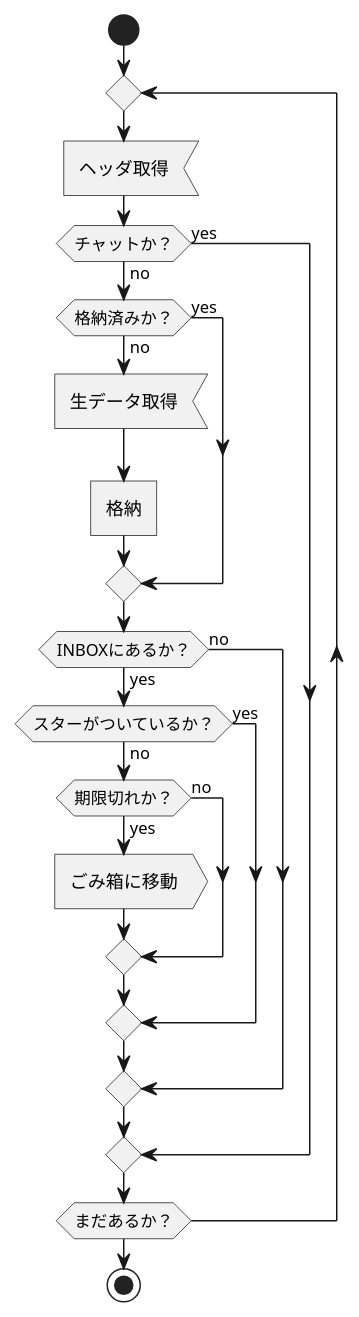
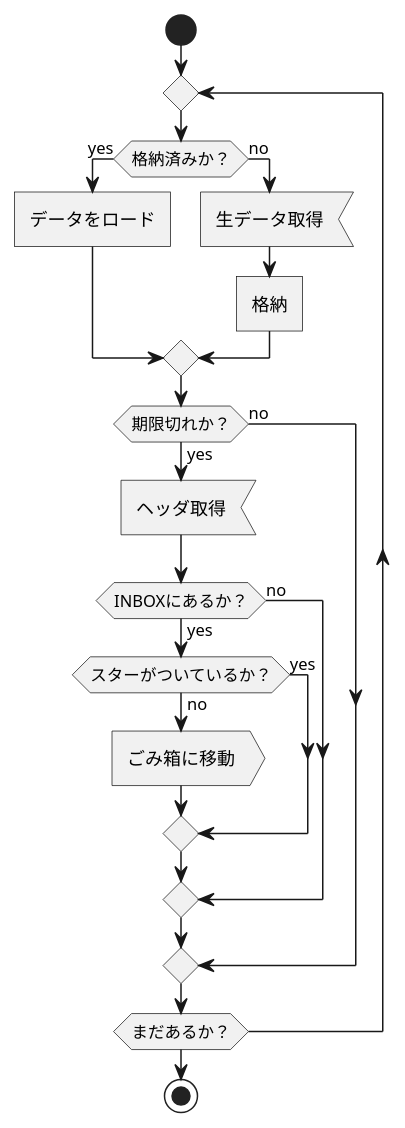
Before and after one commit to ShTair/GmailBackupper: the diagram in docs/Flow.pu, drawn with PlantUML.

Commit message:
ロード済みのヘッダをロードしないようにするフロー

```diff
--- a/docs/Flow.pu
+++ b/docs/Flow.pu
@@ -1,27 +1,25 @@
 start
 
 repeat
-  :ヘッダ取得<
 
-  if (チャットか？) then (yes)
-  else (no)
     if (格納済みか？) then (yes)
+      :データをロード]
     else (no)
       :生データ取得<
       :格納]
     endif
 
-    if (INBOXにあるか？) then (yes)
-      if (スターがついているか？) then (yes)
-      else (no)
-        if (期限切れか？) then (yes)
-          :ごみ箱に移動>
+    if (期限切れか？) then (yes)
+      :ヘッダ取得<
+      if (INBOXにあるか？) then (yes)
+        if (スターがついているか？) then (yes)
         else (no)
+        :ごみ箱に移動>
         endif
+        else (no)
       endif
     else (no)
     endif
-  endif
 repeat while (まだあるか？)
 
 stop
```
